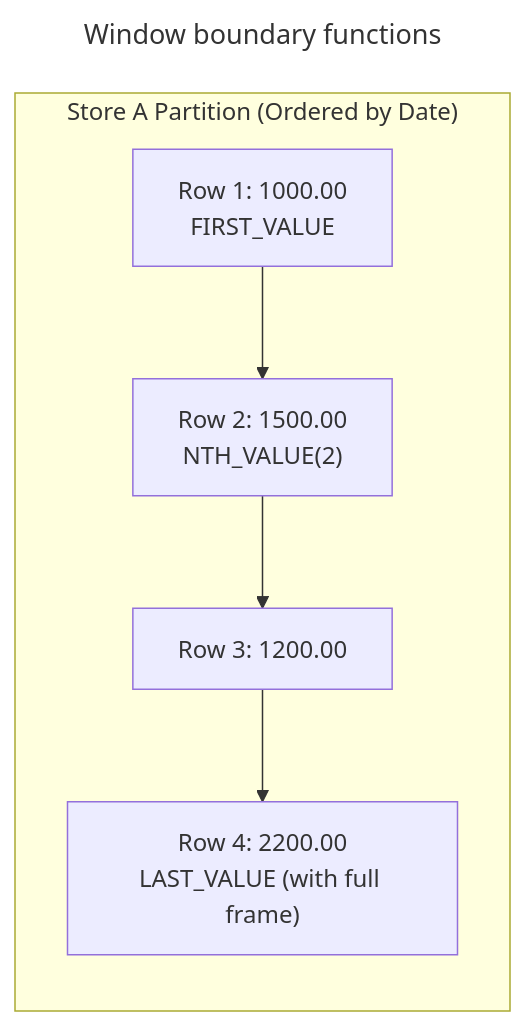
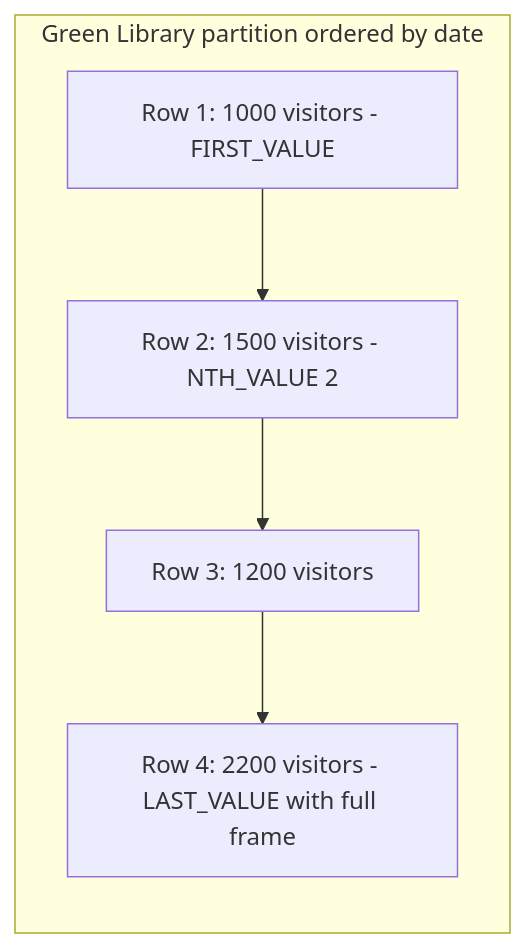
One commit to VineethChivukula/dedocs changed the diagram in content/sql/value-and-frame-navigation.md. Above: the diagram before and after it, drawn with Mermaid. The commit also changed other lines of this file and 26 other files, not shown here.

````diff
--- a/content/sql/value-and-frame-navigation.md
+++ b/content/sql/value-and-frame-navigation.md
@@ -78,14 +102,11 @@
 ```mermaid
----
-title: Window boundary functions
----
 flowchart LR
-    subgraph Partition ["Store A Partition (Ordered by Date)"]
-        R1["Row 1: 1000.00<br/>FIRST_VALUE"]
-        R2["Row 2: 1500.00<br/>NTH_VALUE(2)"]
-        R3["Row 3: 1200.00"]
-        R4["Row 4: 2200.00<br/>LAST_VALUE (with full frame)"]
+    subgraph Partition ["Green Library partition ordered by date"]
+        R1["Row 1: 1000 visitors - FIRST_VALUE"]
+        R2["Row 2: 1500 visitors - NTH_VALUE 2"]
+        R3["Row 3: 1200 visitors"]
+        R4["Row 4: 2200 visitors - LAST_VALUE with full frame"]
 
         R1 --> R2 --> R3 --> R4
     end
 ```
````
